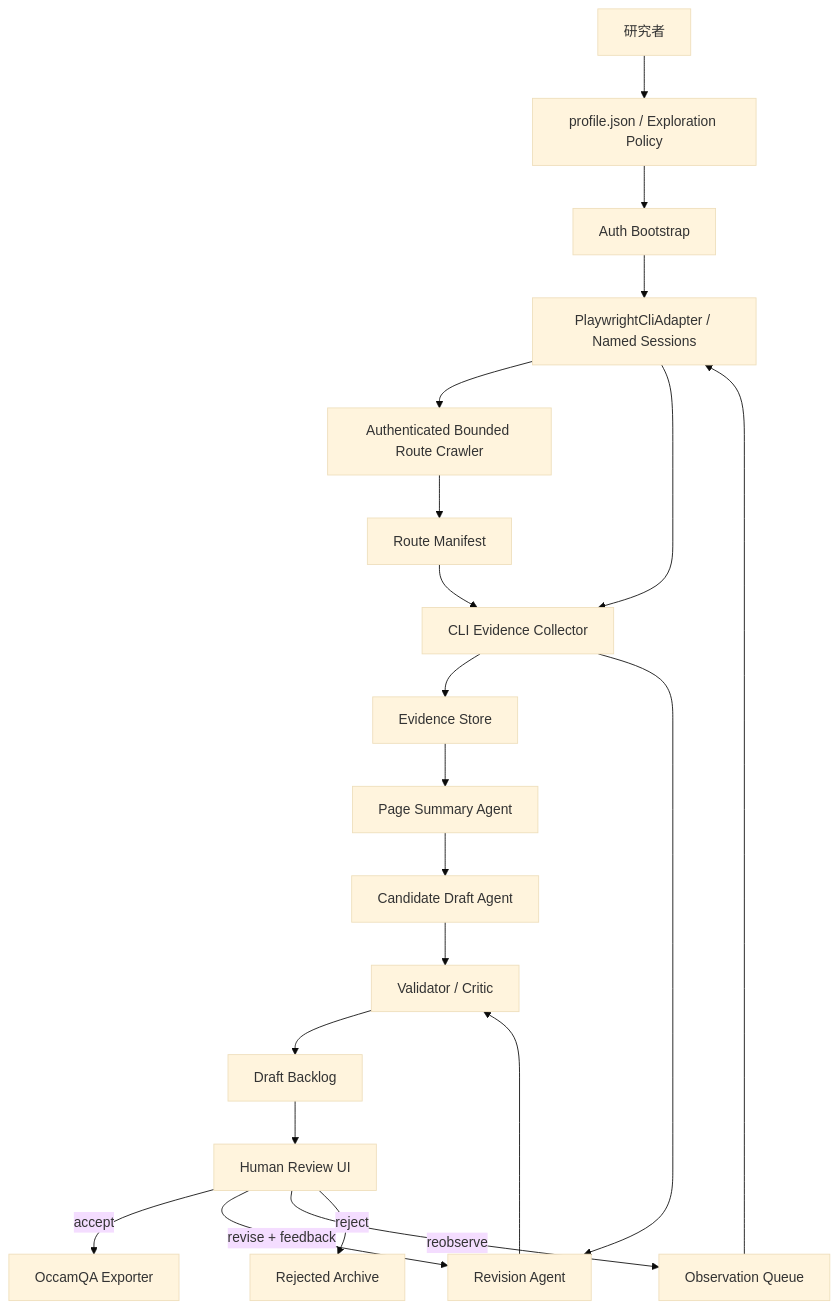
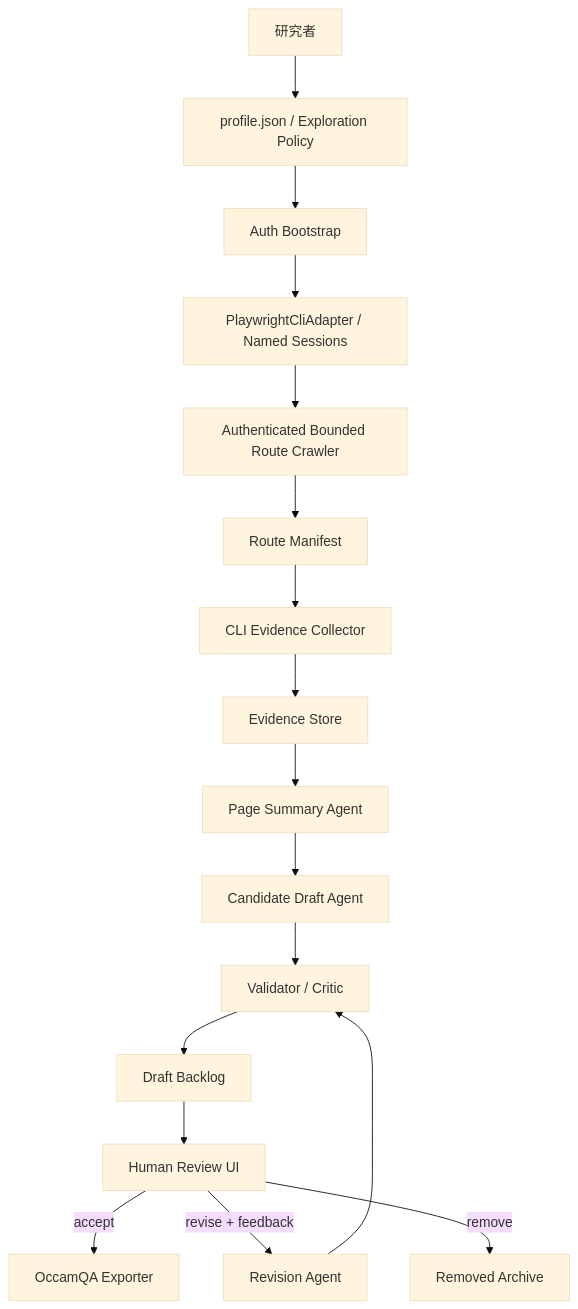
The first of 6 diagrams in DESIGN.md (kerueilin9/OccamDraft), drawn with Mermaid (base theme) before and after one commit. The commit also changed other lines of this file, not shown here.

````diff
--- a/DESIGN.md
+++ b/DESIGN.md
@@ -274,26 +273,22 @@
 ```mermaid
 flowchart TD
     U["研究者"] --> P["profile.json / Exploration Policy"]
     P --> AB["Auth Bootstrap"]
     AB --> B["PlaywrightCliAdapter / Named Sessions"]
     B --> C["Authenticated Bounded Route Crawler"]
     C --> R["Route Manifest"]
     R --> O["CLI Evidence Collector"]
     O --> E["Evidence Store"]
 
     E --> S["Page Summary Agent"]
     S --> G["Candidate Draft Agent"]
     G --> V["Validator / Critic"]
     V --> D["Draft Backlog"]
 
     D --> H["Human Review UI"]
     H -->|accept| X["OccamQA Exporter"]
     H -->|revise + feedback| RA["Revision Agent"]
-    H -->|reobserve| Q["Observation Queue"]
-    H -->|reject| Z["Rejected Archive"]
+    H -->|remove| Z["Removed Archive"]
 
     RA --> V
-    Q --> B
-    B --> O
-    O --> RA
 ```
````
